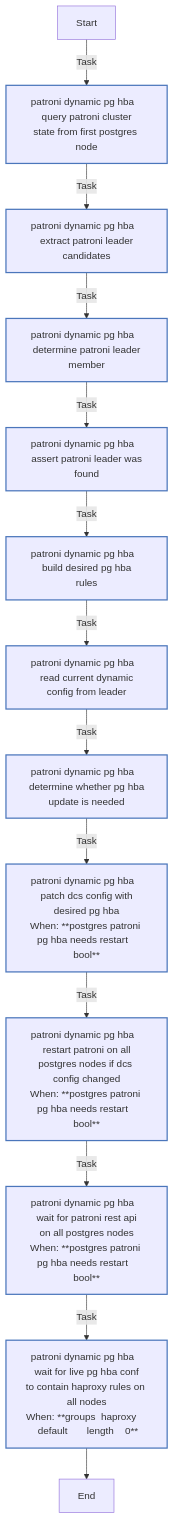
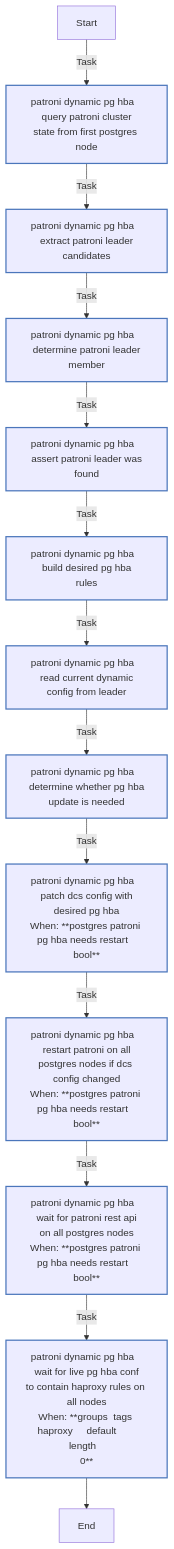
One commit to Lebowski89/homelab changed the fourth of 11 diagrams in ansible/roles/postgres/README.md. Above: the diagram before and after it, drawn with Mermaid. The commit also changed 30 other files, not shown here.

````diff
--- a/ansible/roles/postgres/README.md
+++ b/ansible/roles/postgres/README.md
@@ -321,25 +321,25 @@
 ```mermaid
 flowchart TD
 Start
 classDef block stroke:#3498db,stroke-width:2px;
 classDef task stroke:#4b76bb,stroke-width:2px;
 classDef includeTasks stroke:#16a085,stroke-width:2px;
 classDef importTasks stroke:#34495e,stroke-width:2px;
 classDef includeRole stroke:#2980b9,stroke-width:2px;
 classDef importRole stroke:#699ba7,stroke-width:2px;
 classDef includeVars stroke:#8e44ad,stroke-width:2px;
 classDef rescue stroke:#665352,stroke-width:2px;
 
   Start-->|Task| Patroni_dynamic_pg_hba___Query_Patroni_cluster_state_from_first_postgres_node0[patroni dynamic pg hba   query patroni cluster<br>state from first postgres node]:::task
   Patroni_dynamic_pg_hba___Query_Patroni_cluster_state_from_first_postgres_node0-->|Task| Patroni_dynamic_pg_hba___Extract_Patroni_leader_candidates1[patroni dynamic pg hba   extract patroni leader<br>candidates]:::task
   Patroni_dynamic_pg_hba___Extract_Patroni_leader_candidates1-->|Task| Patroni_dynamic_pg_hba___Determine_Patroni_leader_member2[patroni dynamic pg hba   determine patroni leader<br>member]:::task
   Patroni_dynamic_pg_hba___Determine_Patroni_leader_member2-->|Task| Patroni_dynamic_pg_hba___Assert_Patroni_leader_was_found3[patroni dynamic pg hba   assert patroni leader was<br>found]:::task
   Patroni_dynamic_pg_hba___Assert_Patroni_leader_was_found3-->|Task| Patroni_dynamic_pg_hba___Build_desired_pg_hba_rules4[patroni dynamic pg hba   build desired pg hba<br>rules]:::task
   Patroni_dynamic_pg_hba___Build_desired_pg_hba_rules4-->|Task| Patroni_dynamic_pg_hba___Read_current_dynamic_config_from_leader5[patroni dynamic pg hba   read current dynamic<br>config from leader]:::task
   Patroni_dynamic_pg_hba___Read_current_dynamic_config_from_leader5-->|Task| Patroni_dynamic_pg_hba___Determine_whether_pg_hba_update_is_needed6[patroni dynamic pg hba   determine whether pg hba<br>update is needed]:::task
   Patroni_dynamic_pg_hba___Determine_whether_pg_hba_update_is_needed6-->|Task| Patroni_dynamic_pg_hba___Patch_DCS_config_with_desired_pg_hba7[patroni dynamic pg hba   patch dcs config with<br>desired pg hba<br>When: **postgres patroni pg hba needs restart   bool**]:::task
   Patroni_dynamic_pg_hba___Patch_DCS_config_with_desired_pg_hba7-->|Task| Patroni_dynamic_pg_hba___Restart_patroni_on_all_postgres_nodes_if_DCS_config_changed8[patroni dynamic pg hba   restart patroni on all<br>postgres nodes if dcs config changed<br>When: **postgres patroni pg hba needs restart   bool**]:::task
   Patroni_dynamic_pg_hba___Restart_patroni_on_all_postgres_nodes_if_DCS_config_changed8-->|Task| Patroni_dynamic_pg_hba___Wait_for_Patroni_REST_API_on_all_postgres_nodes9[patroni dynamic pg hba   wait for patroni rest api<br>on all postgres nodes<br>When: **postgres patroni pg hba needs restart   bool**]:::task
-  Patroni_dynamic_pg_hba___Wait_for_Patroni_REST_API_on_all_postgres_nodes9-->|Task| Patroni_dynamic_pg_hba___Wait_for_live_pg_hba_conf_to_contain_HAProxy_rules_on_all_nodes10[patroni dynamic pg hba   wait for live pg hba conf<br>to contain haproxy rules on all nodes<br>When: **groups  haproxy     default       length    0**]:::task
+  Patroni_dynamic_pg_hba___Wait_for_Patroni_REST_API_on_all_postgres_nodes9-->|Task| Patroni_dynamic_pg_hba___Wait_for_live_pg_hba_conf_to_contain_HAProxy_rules_on_all_nodes10[patroni dynamic pg hba   wait for live pg hba conf<br>to contain haproxy rules on all nodes<br>When: **groups  tags haproxy     default       length   <br>0**]:::task
   Patroni_dynamic_pg_hba___Wait_for_live_pg_hba_conf_to_contain_HAProxy_rules_on_all_nodes10-->End
 ```
````
